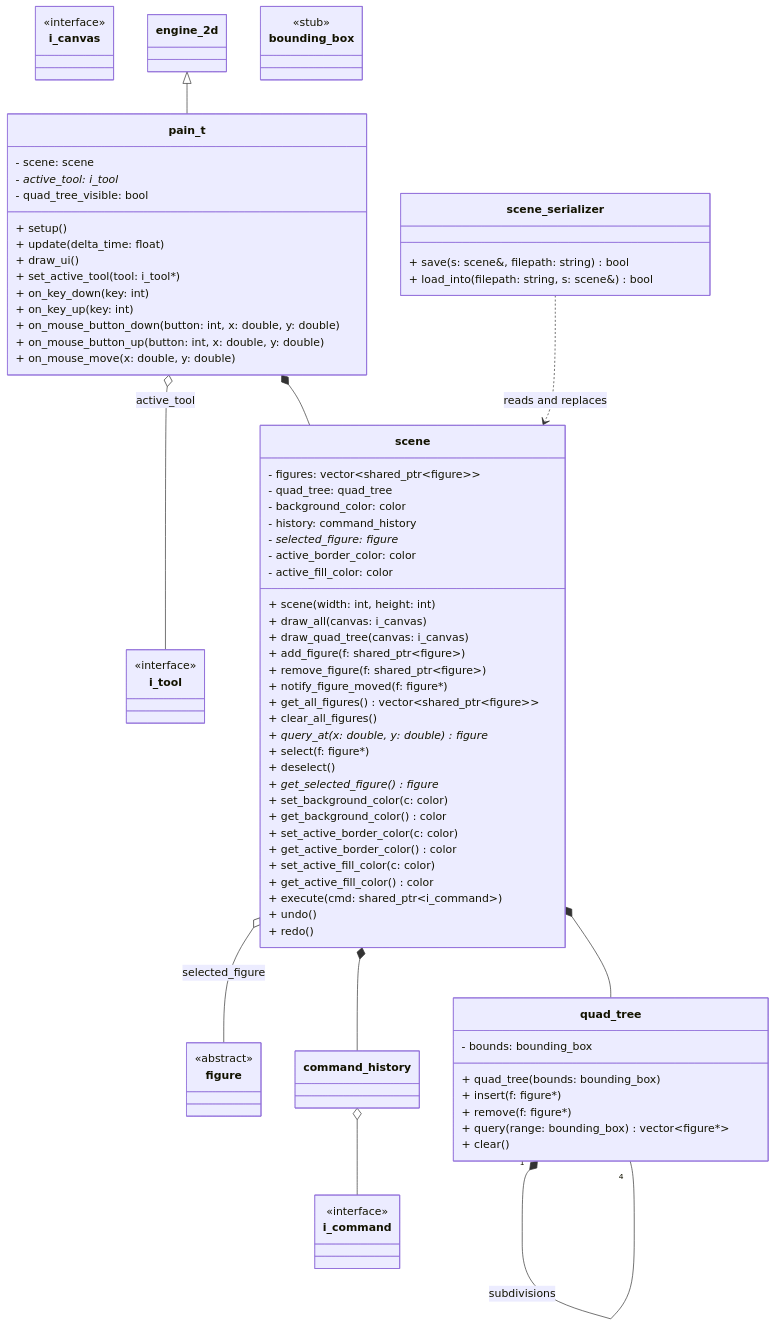
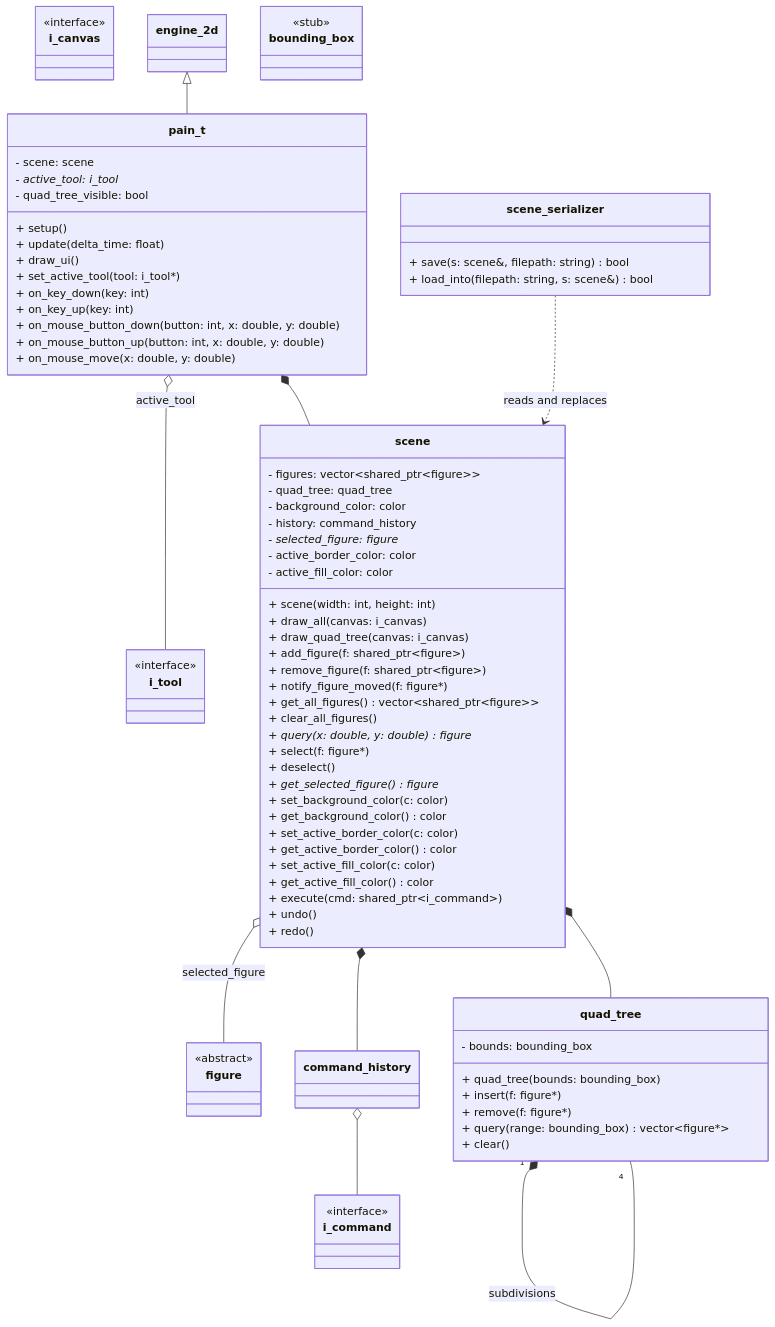
Before and after one commit to MiguelCiav/pain_t: the diagram in diagrams/scene.md, drawn with Mermaid. The commit also changed 11 other files, not shown here.

```diff
--- a/diagrams/scene.md
+++ b/diagrams/scene.md
@@ -39,7 +39,7 @@
         + notify_figure_moved(f: figure*)
         + get_all_figures() vector~shared_ptr~figure~~
         + clear_all_figures()
-        + query_at(x: double, y: double) figure*
+        + query(x: double, y: double) figure*
         + select(f: figure*)
         + deselect()
         + get_selected_figure() figure*
```
